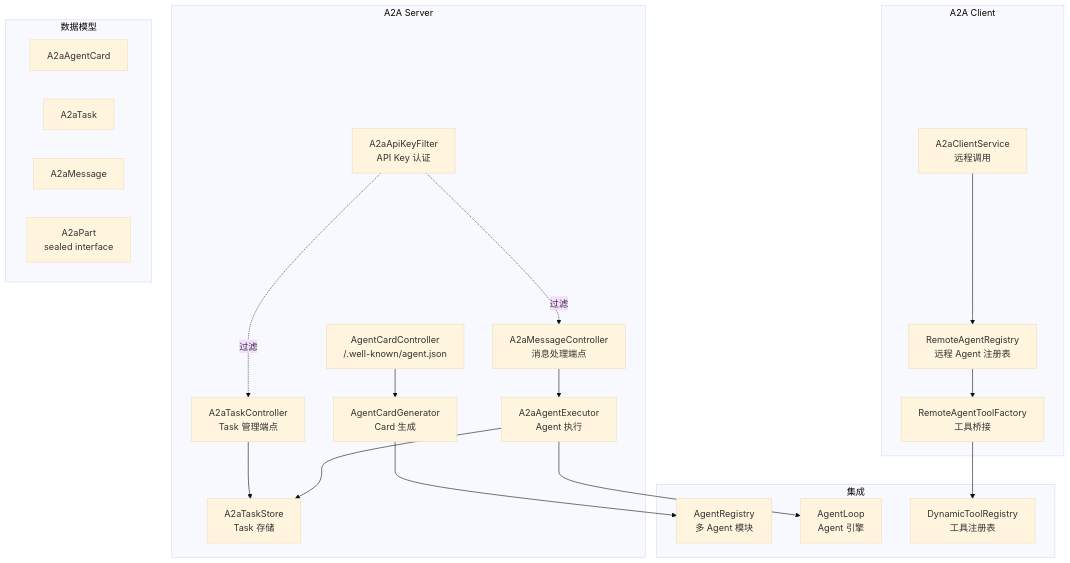
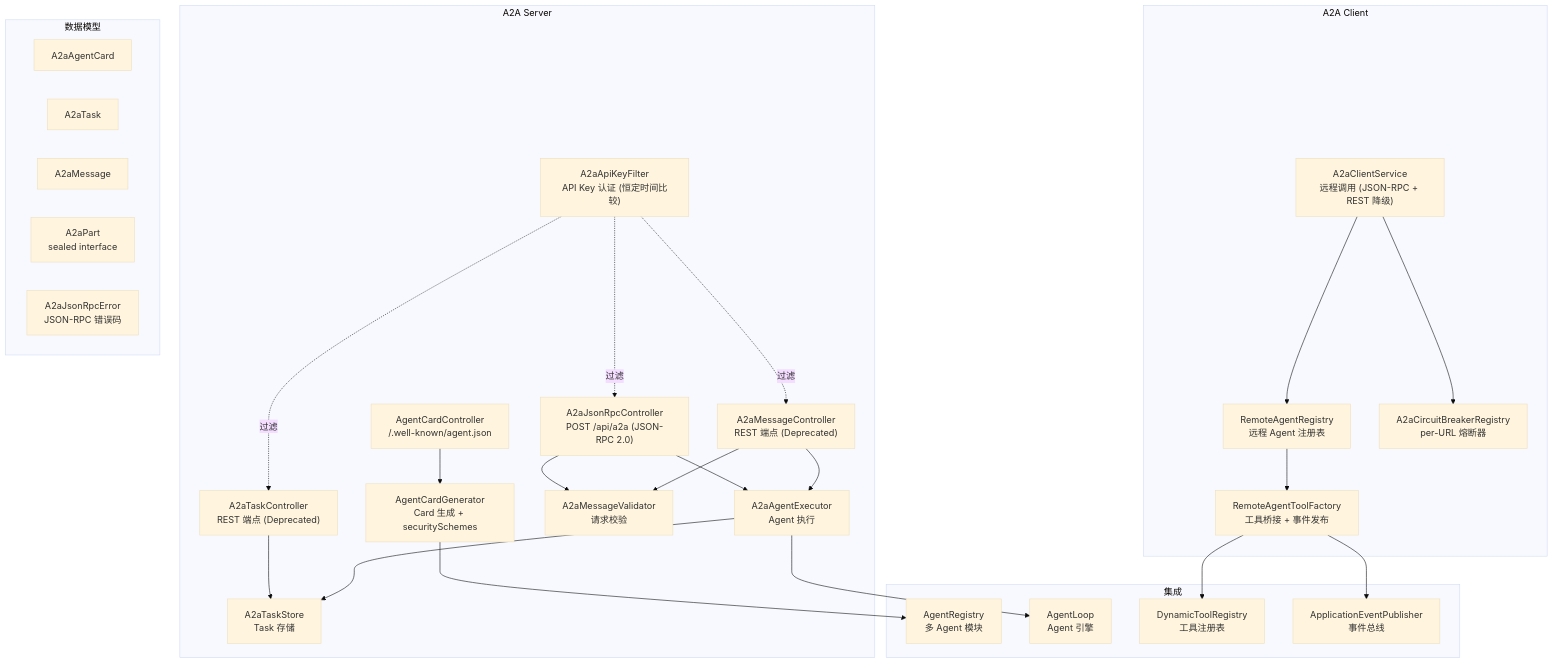
Before and after one commit to ntygod/LifePilot: the first of 3 diagrams in docs/architecture/a2a-protocol.md, drawn with Mermaid (base theme). The commit also changed other lines of this file and 19 other files, not shown here.

First line of the commit message:
refactor(a2a): A2A 模块三期重构 — 安全修复、功能补全、JSON-RPC 2.0 合规

````diff
--- a/docs/architecture/a2a-protocol.md
+++ b/docs/architecture/a2a-protocol.md
@@ -13,39 +13,49 @@
 ```mermaid
 graph TB
     subgraph "A2A Server"
         ACC["AgentCardController<br/>/.well-known/agent.json"]
-        ACG["AgentCardGenerator<br/>Card 生成"]
-        AMC["A2aMessageController<br/>消息处理端点"]
-        ATC["A2aTaskController<br/>Task 管理端点"]
+        ACG["AgentCardGenerator<br/>Card 生成 + securitySchemes"]
+        AJRC["A2aJsonRpcController<br/>POST /api/a2a (JSON-RPC 2.0)"]
+        AMC["A2aMessageController<br/>REST 端点 (Deprecated)"]
+        ATC["A2aTaskController<br/>REST 端点 (Deprecated)"]
+        AMV["A2aMessageValidator<br/>请求校验"]
         AAE["A2aAgentExecutor<br/>Agent 执行"]
         ATS["A2aTaskStore<br/>Task 存储"]
-        AKF["A2aApiKeyFilter<br/>API Key 认证"]
+        AKF["A2aApiKeyFilter<br/>API Key 认证 (恒定时间比较)"]
     end
 
     subgraph "A2A Client"
-        ACS["A2aClientService<br/>远程调用"]
+        ACS["A2aClientService<br/>远程调用 (JSON-RPC + REST 降级)"]
         RAR["RemoteAgentRegistry<br/>远程 Agent 注册表"]
-        RTF["RemoteAgentToolFactory<br/>工具桥接"]
+        RTF["RemoteAgentToolFactory<br/>工具桥接 + 事件发布"]
+        ACB["A2aCircuitBreakerRegistry<br/>per-URL 熔断器"]
     end
 
     subgraph "数据模型"
         AC["A2aAgentCard"]
         AT["A2aTask"]
         AM["A2aMessage"]
         AP["A2aPart<br/>sealed interface"]
+        AJE["A2aJsonRpcError<br/>JSON-RPC 错误码"]
     end
 
     subgraph "集成"
         AR["AgentRegistry<br/>多 Agent 模块"]
         AL["AgentLoop<br/>Agent 引擎"]
         TR["DynamicToolRegistry<br/>工具注册表"]
+        EP["ApplicationEventPublisher<br/>事件总线"]
     end
 
     ACC --> ACG --> AR
-    AMC --> AAE --> AL
+    AJRC --> AMV
+    AJRC --> AAE --> AL
+    AMC --> AMV
+    AMC --> AAE
     ATC --> ATS
-    AKF -.->|"过滤"| AMC & ATC
+    AKF -.->|"过滤"| AJRC & AMC & ATC
     ACS --> RAR
+    ACS --> ACB
     RAR --> RTF --> TR
+    RTF --> EP
     AAE --> ATS
 ```
````
